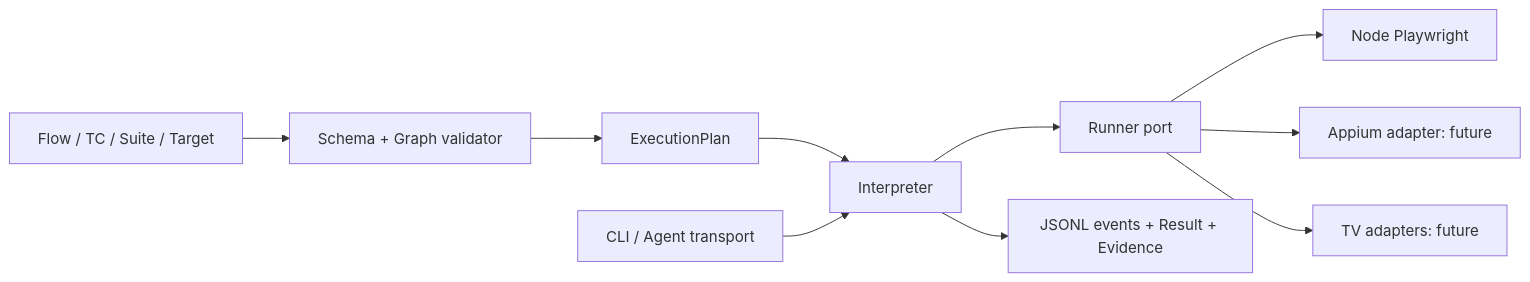
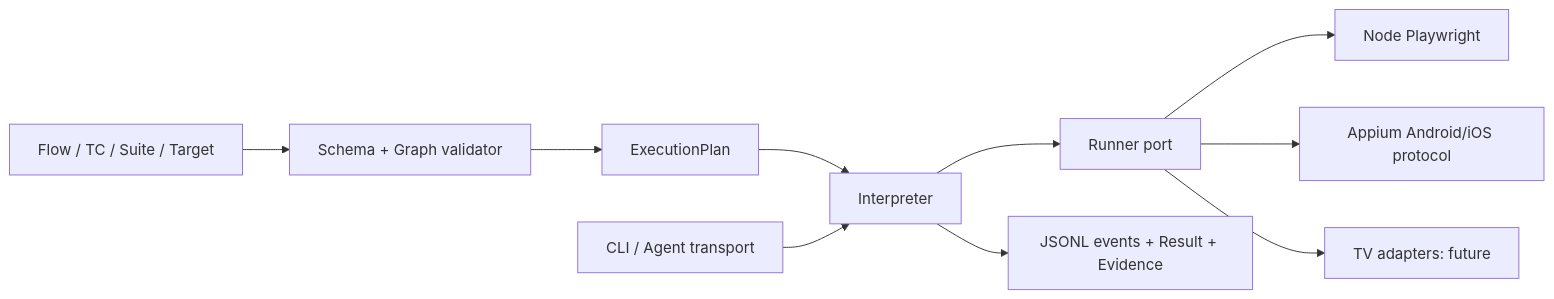
One commit to doomin03/automated-qa-engine changed the diagram in docs/architecture/system-design.md. Above: the diagram before and after it, drawn with Mermaid. The commit also changed other lines of this file and 304 other files, not shown here.

````diff
--- a/docs/architecture/system-design.md
+++ b/docs/architecture/system-design.md
@@ -8,12 +12,12 @@
 ```mermaid
 flowchart LR
   F[Flow / TC / Suite / Target] --> V[Schema + Graph validator]
   V --> P[ExecutionPlan]
   P --> I[Interpreter]
   I --> R[Runner port]
   R --> W[Node Playwright]
-  R --> M[Appium adapter: future]
+  R --> M[Appium Android/iOS protocol]
   R --> T[TV adapters: future]
   I --> E[JSONL events + Result + Evidence]
   C[CLI / Agent transport] --> I
 ```
````
